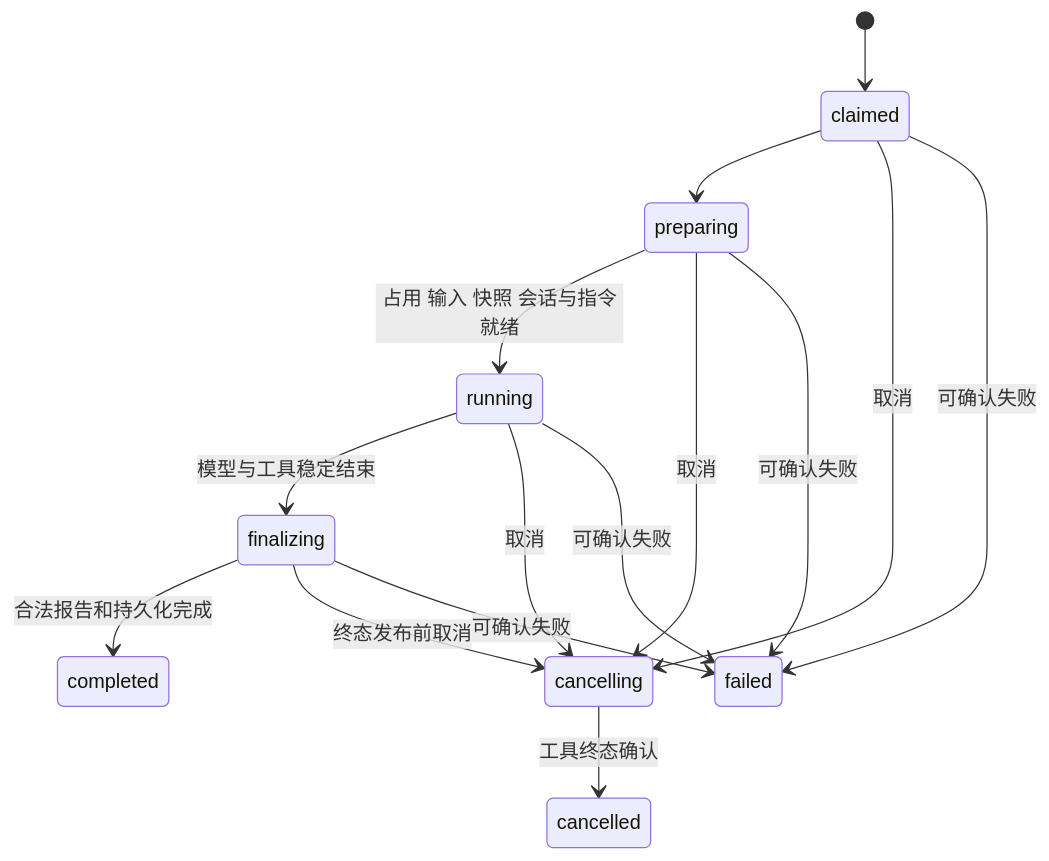
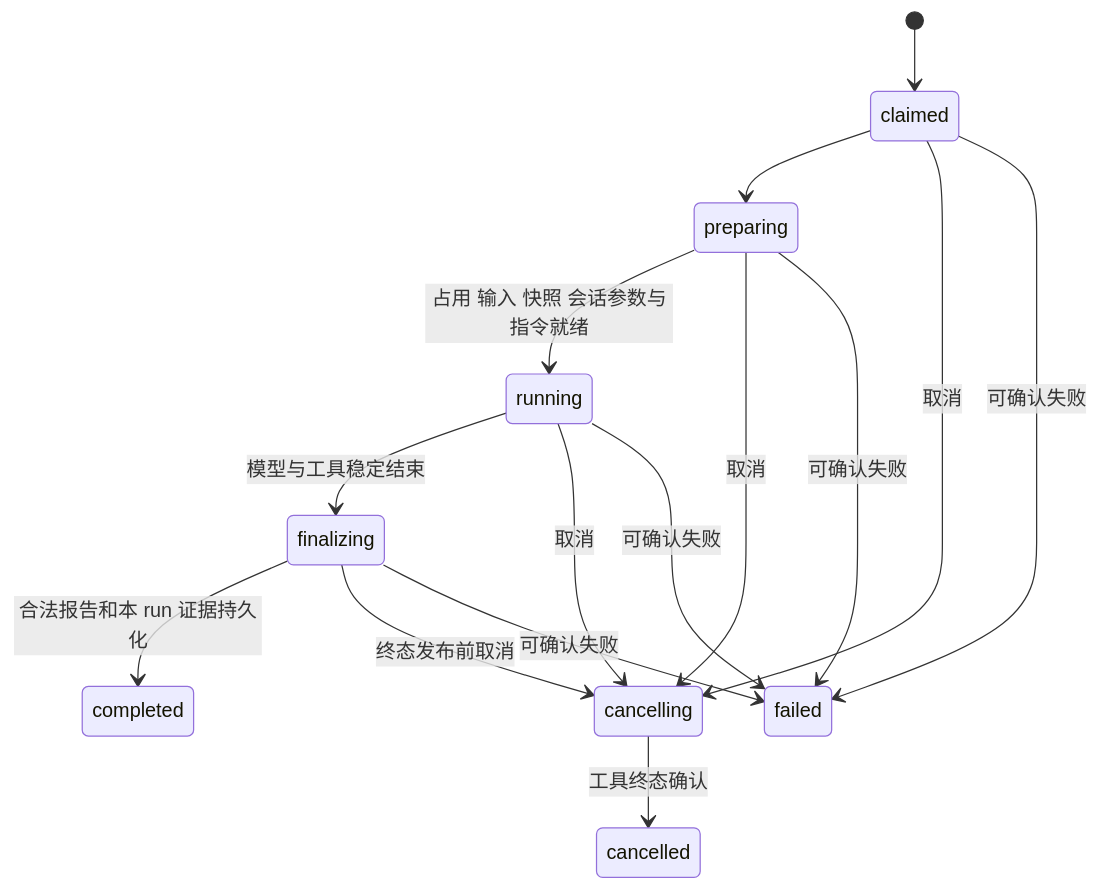
Before and after one commit to 6spot/knit: the diagram in STATES.md, drawn with Mermaid. The commit also changed other lines of this file and 53 other files, not shown here.

````diff
--- a/STATES.md
+++ b/STATES.md
@@ -72,17 +74,17 @@
 ```mermaid
 stateDiagram-v2
     [*] --> claimed
     claimed --> preparing
-    preparing --> running: 占用 输入 快照 会话与指令就绪
+    preparing --> running: 占用 输入 快照 会话参数与指令就绪
     running --> finalizing: 模型与工具稳定结束
-    finalizing --> completed: 合法报告和持久化完成
+    finalizing --> completed: 合法报告和本 run 证据持久化
     claimed --> cancelling: 取消
     preparing --> cancelling: 取消
     running --> cancelling: 取消
     finalizing --> cancelling: 终态发布前取消
     cancelling --> cancelled: 工具终态确认
     claimed --> failed: 可确认失败
     preparing --> failed: 可确认失败
     running --> failed: 可确认失败
     finalizing --> failed: 可确认失败
 ```
````
